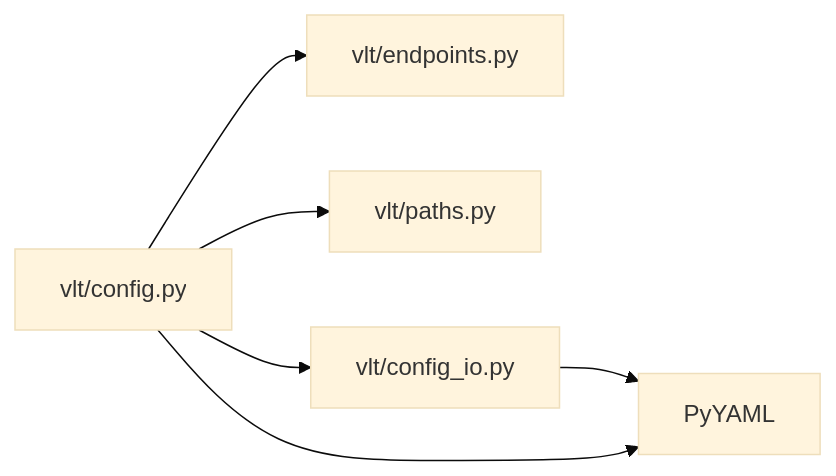
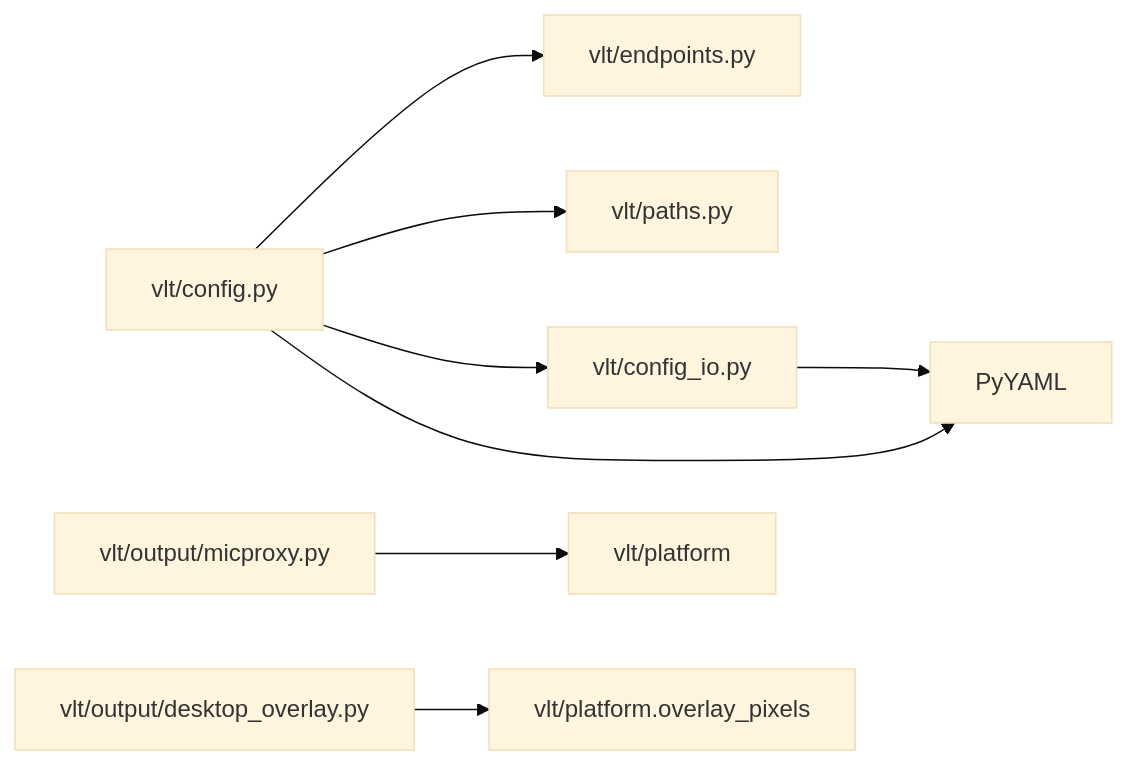
The tenth of 10 diagrams in .qoder/repowiki/zh/content/配置管理系统.md (EMeowAGENT/vrchat-livetranslate), drawn with Mermaid (base theme) before and after one commit. The commit also changed other lines of this file and 75 other files, not shown here.

````diff
--- a/.qoder/repowiki/zh/content/配置管理系统.md
+++ b/.qoder/repowiki/zh/content/配置管理系统.md
@@ -421,8 +492,10 @@
 ```mermaid
 graph LR
 Config["vlt/config.py"] --> Endpoints["vlt/endpoints.py"]
 Config --> Paths["vlt/paths.py"]
 Config --> IO["vlt/config_io.py"]
 IO --> PyYAML["PyYAML"]
 Config --> PyYAML
+MicProxy["vlt/output/micproxy.py"] --> Platform["vlt/platform"]
+DesktopOverlay["vlt/output/desktop_overlay.py"] --> OverlayPixels["vlt/platform.overlay_pixels"]
 ```
````
